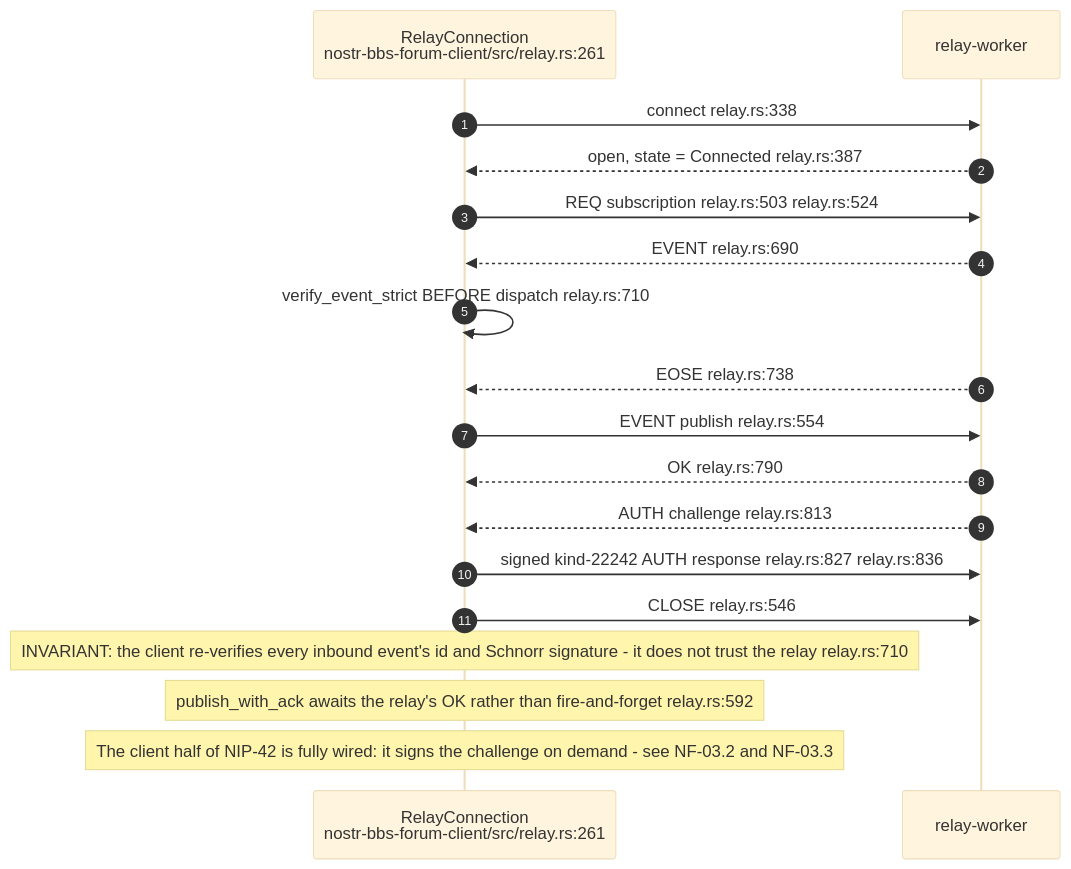
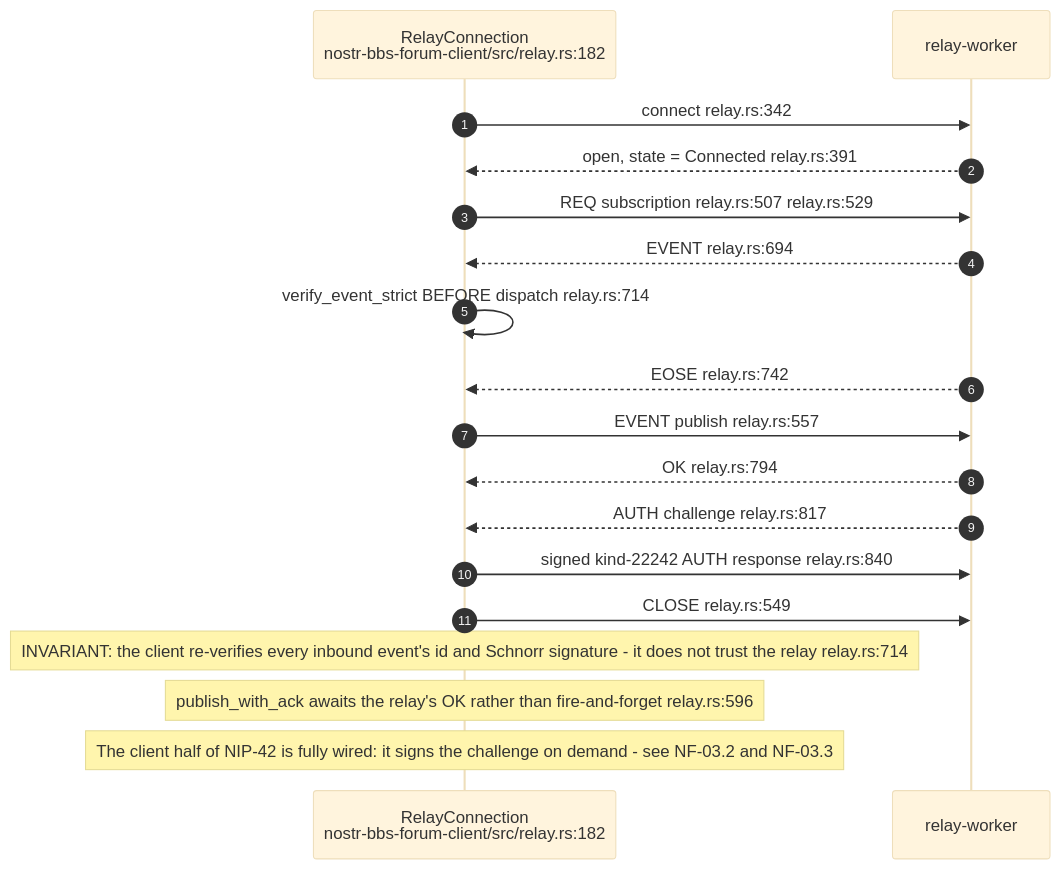
Before and after one commit to DreamLab-AI/VisionFlow: the fifth of 14 diagrams in docs/diagrams/nostr-rust-forum/05-leptos-clients-onboarding-messaging-governance.md, drawn with Mermaid (base theme). The commit also changed other lines of this file and 11 other files, not shown here.

````diff
--- a/docs/diagrams/nostr-rust-forum/05-leptos-clients-onboarding-messaging-governance.md
+++ b/docs/diagrams/nostr-rust-forum/05-leptos-clients-onboarding-messaging-governance.md
@@ -187,22 +190,22 @@
 ```mermaid
 sequenceDiagram
     autonumber
-    participant C as RelayConnection<br/>nostr-bbs-forum-client/src/relay.rs:261
+    participant C as RelayConnection<br/>nostr-bbs-forum-client/src/relay.rs:182
     participant R as relay-worker
 
-    C->>R: connect relay.rs:338
-    R-->>C: open, state = Connected relay.rs:387
-    C->>R: REQ subscription relay.rs:503 relay.rs:524
-    R-->>C: EVENT relay.rs:690
-    C->>C: verify_event_strict BEFORE dispatch relay.rs:710
-    R-->>C: EOSE relay.rs:738
-    C->>R: EVENT publish relay.rs:554
-    R-->>C: OK relay.rs:790
-    R-->>C: AUTH challenge relay.rs:813
-    C->>R: signed kind-22242 AUTH response relay.rs:827 relay.rs:836
-    C->>R: CLOSE relay.rs:546
+    C->>R: connect relay.rs:342
+    R-->>C: open, state = Connected relay.rs:391
+    C->>R: REQ subscription relay.rs:507 relay.rs:529
+    R-->>C: EVENT relay.rs:694
+    C->>C: verify_event_strict BEFORE dispatch relay.rs:714
+    R-->>C: EOSE relay.rs:742
+    C->>R: EVENT publish relay.rs:557
+    R-->>C: OK relay.rs:794
+    R-->>C: AUTH challenge relay.rs:817
+    C->>R: signed kind-22242 AUTH response relay.rs:840
+    C->>R: CLOSE relay.rs:549
 
-    Note over C: INVARIANT: the client re-verifies every inbound event's id and Schnorr signature - it does not trust the relay relay.rs:710
-    Note over C: publish_with_ack awaits the relay's OK rather than fire-and-forget relay.rs:592
+    Note over C: INVARIANT: the client re-verifies every inbound event's id and Schnorr signature - it does not trust the relay relay.rs:714
+    Note over C: publish_with_ack awaits the relay's OK rather than fire-and-forget relay.rs:596
     Note over C: The client half of NIP-42 is fully wired: it signs the challenge on demand - see NF-03.2 and NF-03.3
 ```
````
